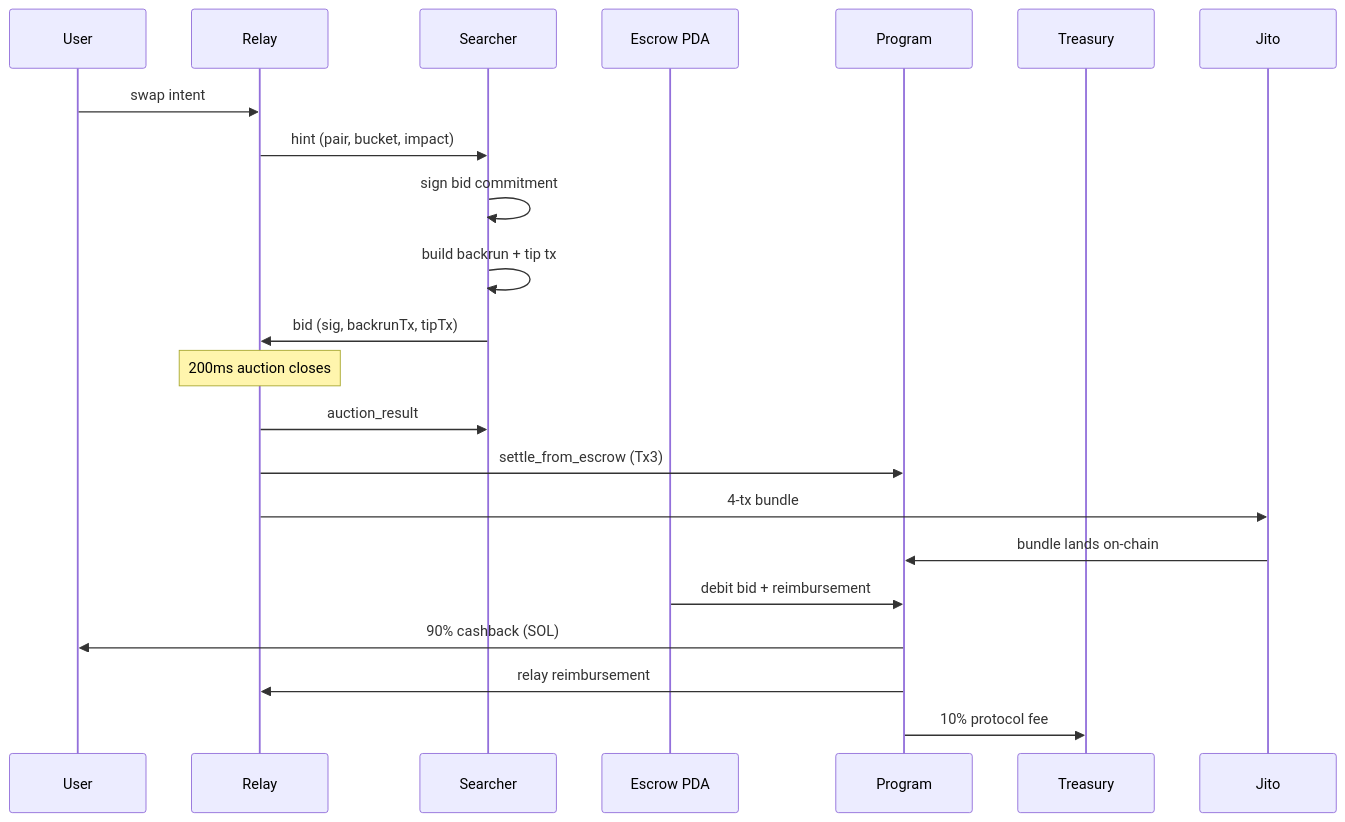
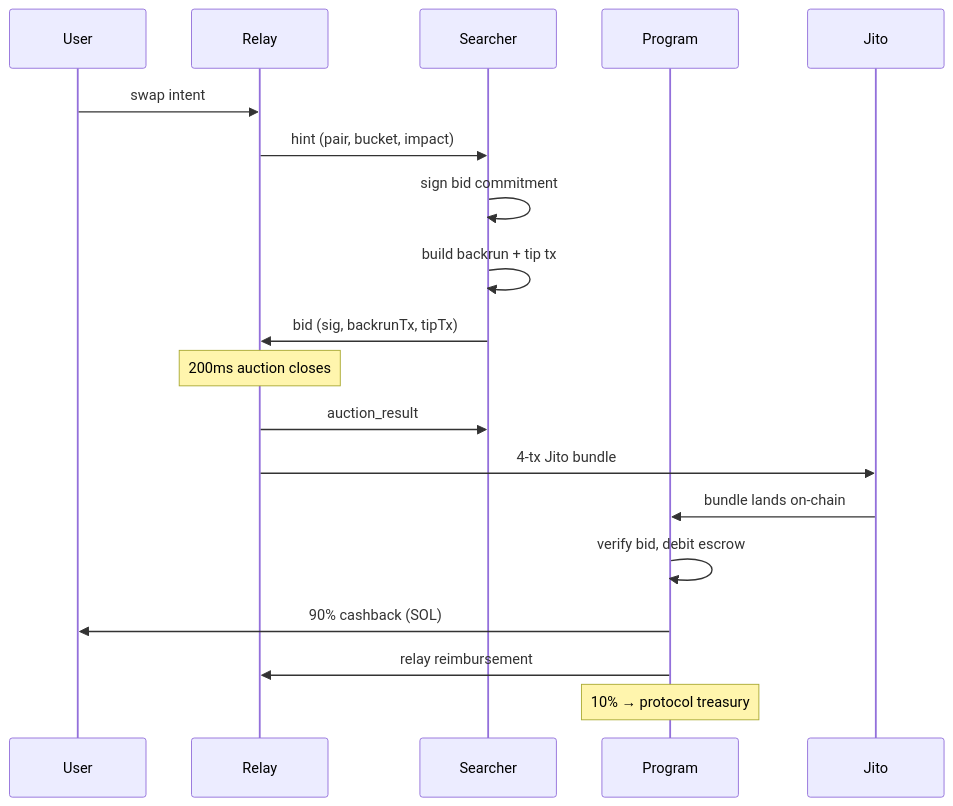
Before and after one commit to flowbackdotfun/flowback: the diagram in README.md, drawn with Mermaid. The commit also changed other lines of this file, not shown here.

Commit message:
fix: github mermaid rendering issues

````diff
--- a/README.md
+++ b/README.md
@@ -35,25 +35,22 @@
 ```mermaid
 sequenceDiagram
     participant U as User
     participant R as Relay
     participant S as Searcher
-    participant E as Escrow PDA
     participant P as Program
-    participant T as Treasury
     participant J as Jito
 
     U->>R: swap intent
     R->>S: hint (pair, bucket, impact)
     S->>S: sign bid commitment
     S->>S: build backrun + tip tx
     S->>R: bid (sig, backrunTx, tipTx)
     Note over R: 200ms auction closes
     R->>S: auction_result
-    R->>P: settle_from_escrow (Tx3)
-    R->>J: 4-tx bundle
+    R->>J: 4-tx Jito bundle
     J->>P: bundle lands on-chain
-    E->>P: debit bid + reimbursement
+    P->>P: verify bid, debit escrow
     P->>U: 90% cashback (SOL)
     P->>R: relay reimbursement
-    P->>T: 10% protocol fee
+    Note over P: 10% → protocol treasury
 ```
````
